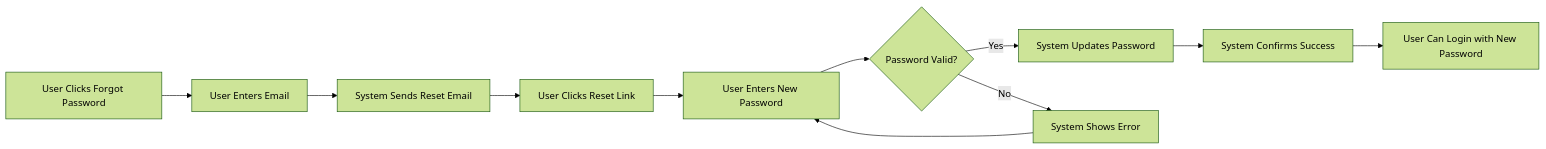
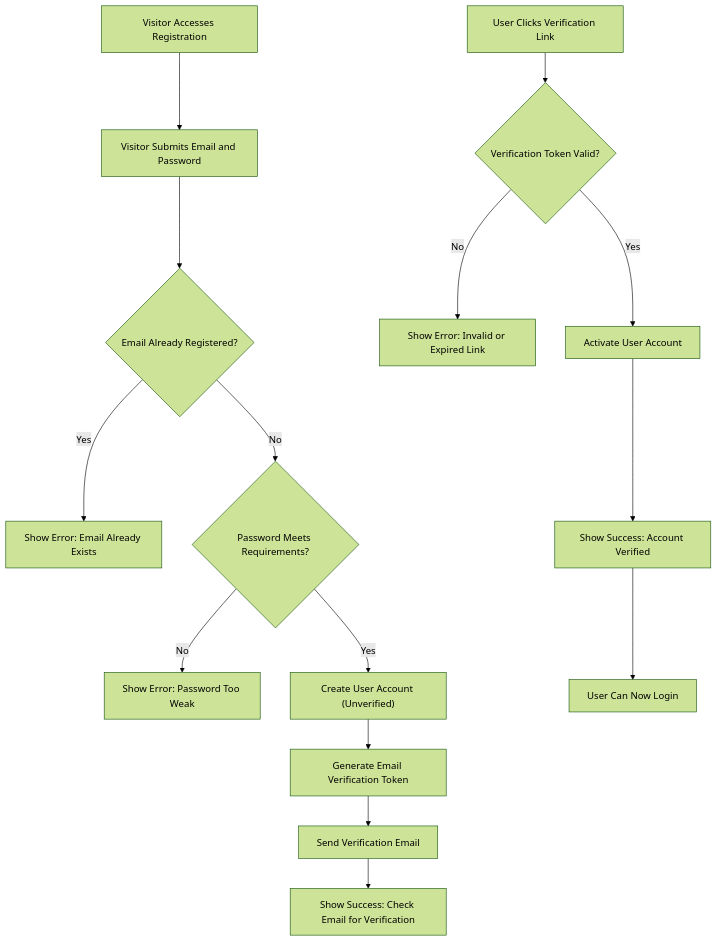
One commit to wrtnlabs/autobe-examples changed the second of 5 diagrams in anthropic/claude-sonnet-4.5/todo/docs/analysis/02-user-actors-and-authentication.md. Above: the diagram before and after it, drawn with Mermaid (forest theme). The commit also changed other lines of this file and 8017 other files, not shown here.

````diff
--- a/anthropic/claude-sonnet-4.5/todo/docs/analysis/02-user-actors-and-authentication.md
+++ b/anthropic/claude-sonnet-4.5/todo/docs/analysis/02-user-actors-and-authentication.md
@@ -295,13 +549,18 @@
 ```mermaid
-graph LR
-    A["User Clicks Forgot Password"] --> B["User Enters Email"]
-    B --> C["System Sends Reset Email"]
-    C --> D["User Clicks Reset Link"]
-    D --> E["User Enters New Password"]
-    E --> F{"Password Valid?"}
-    F -->|"Yes"| G["System Updates Password"]
-    F -->|"No"| H["System Shows Error"]
-    H --> E
-    G --> I["System Confirms Success"]
-    I --> J["User Can Login with New Password"]
+graph TB
+    A["Visitor Accesses Registration"] --> B["Visitor Submits Email and Password"]
+    B --> C{"Email Already Registered?"}
+    C -->|"Yes"| D["Show Error: Email Already Exists"]
+    C -->|"No"| E{"Password Meets Requirements?"}
+    E -->|"No"| F["Show Error: Password Too Weak"]
+    E -->|"Yes"| G["Create User Account (Unverified)"]
+    G --> H["Generate Email Verification Token"]
+    H --> I["Send Verification Email"]
+    I --> J["Show Success: Check Email for Verification"]
+    
+    K["User Clicks Verification Link"] --> L{"Verification Token Valid?"}
+    L -->|"No"| M["Show Error: Invalid or Expired Link"]
+    L -->|"Yes"| N["Activate User Account"]
+    N --> O["Show Success: Account Verified"]
+    O --> P["User Can Now Login"]
 ```
````
